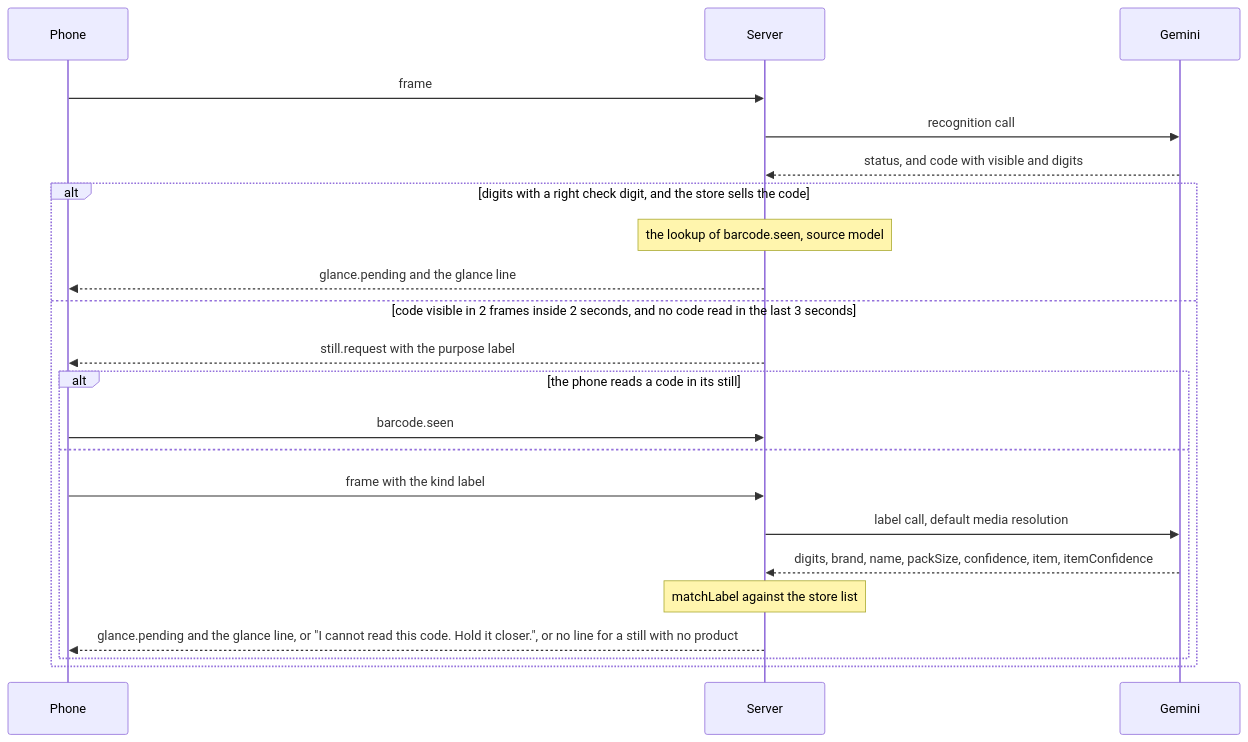
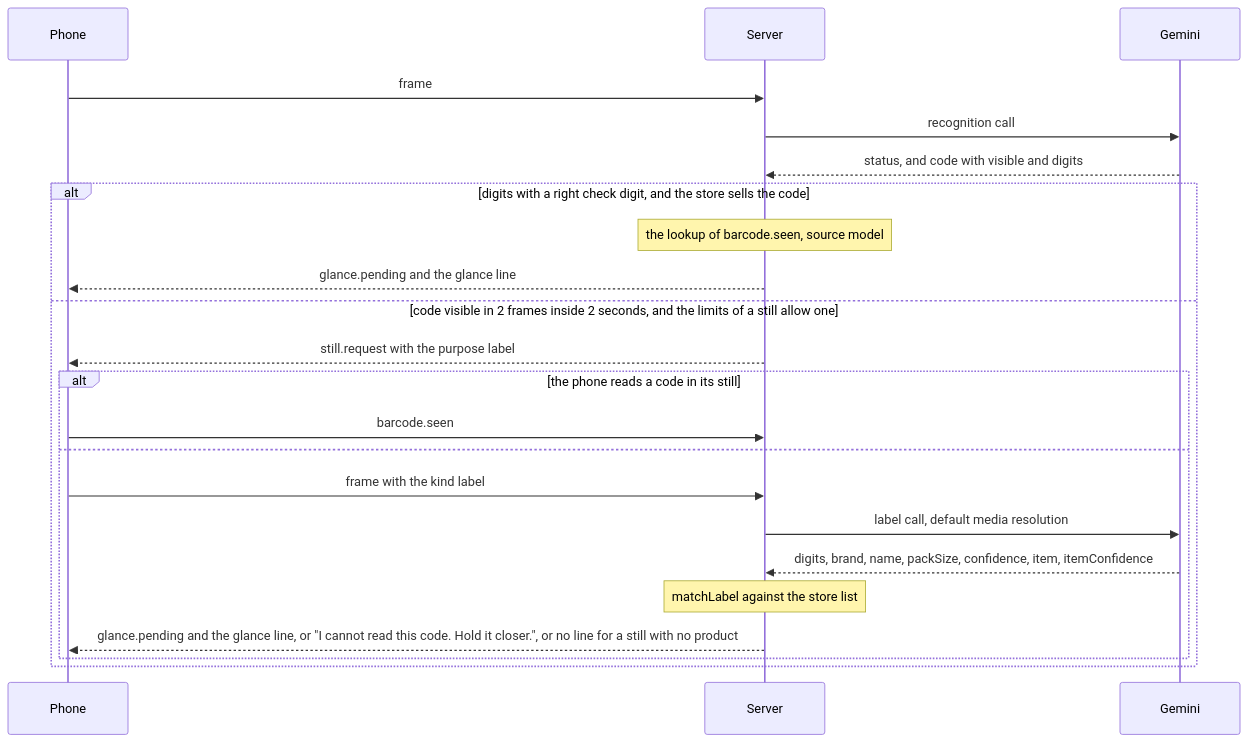
Before and after one commit to mrBymax/glance: the third of 14 diagrams in apps/server/README.md, drawn with Mermaid. The commit also changed other lines of this file and 6 other files, not shown here.

````diff
--- a/apps/server/README.md
+++ b/apps/server/README.md
@@ -449,24 +449,24 @@
 ```mermaid
 sequenceDiagram
   participant Phone
   participant Server
   participant Gemini
   Phone->>Server: frame
   Server->>Gemini: recognition call
   Gemini-->>Server: status, and code with visible and digits
   alt digits with a right check digit, and the store sells the code
     Note over Server: the lookup of barcode.seen, source model
     Server-->>Phone: glance.pending and the glance line
-  else code visible in 2 frames inside 2 seconds, and no code read in the last 3 seconds
+  else code visible in 2 frames inside 2 seconds, and the limits of a still allow one
     Server-->>Phone: still.request with the purpose label
     alt the phone reads a code in its still
       Phone->>Server: barcode.seen
     else
       Phone->>Server: frame with the kind label
       Server->>Gemini: label call, default media resolution
       Gemini-->>Server: digits, brand, name, packSize, confidence, item, itemConfidence
       Note over Server: matchLabel against the store list
       Server-->>Phone: glance.pending and the glance line, or "I cannot read this code. Hold it closer.", or no line for a still with no product
     end
   end
 ```
````
